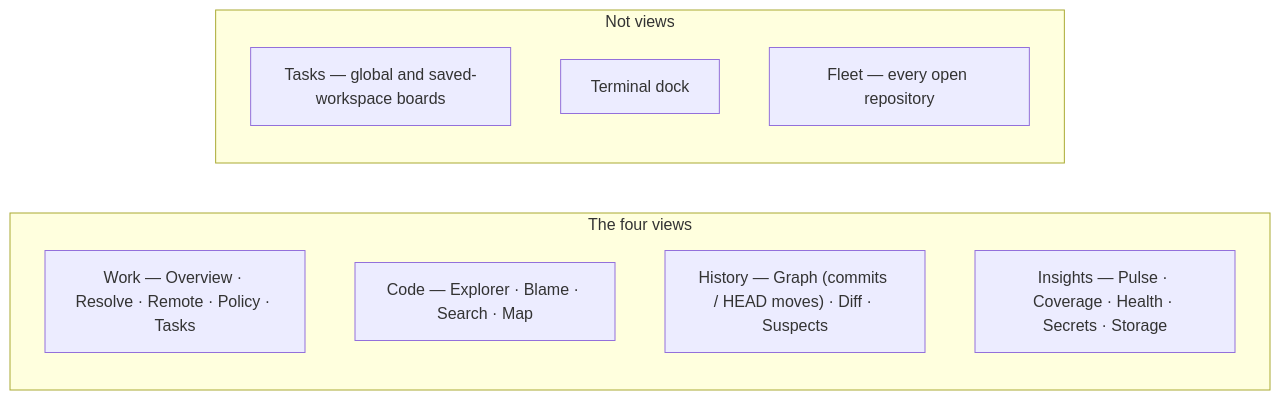
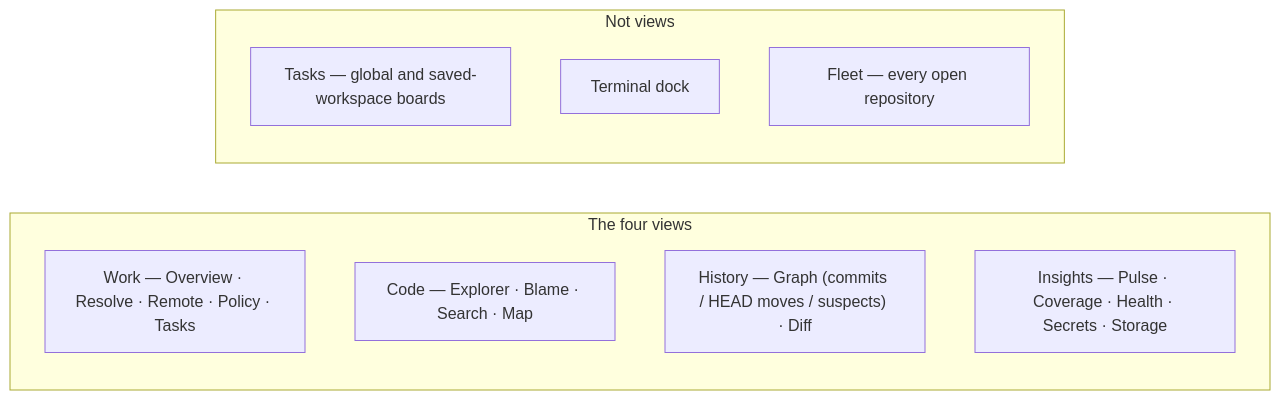
Before and after one commit to bharathvbcr/GitPulse: the diagram in wiki/Home.md, drawn with Mermaid. The commit also changed 41 other files, not shown here.

````diff
--- a/wiki/Home.md
+++ b/wiki/Home.md
@@ -32,14 +32,14 @@
 ```mermaid
 flowchart LR
     subgraph Views["The four views"]
         Work["Work — Overview · Resolve · Remote · Policy · Tasks"]
         Code["Code — Explorer · Blame · Search · Map"]
-        History["History — Graph (commits / HEAD moves) · Diff · Suspects"]
+        History["History — Graph (commits / HEAD moves / suspects) · Diff"]
         Insights["Insights — Pulse · Coverage · Health · Secrets · Storage"]
     end
     subgraph Beside["Not views"]
         Tasks["Tasks — global and saved-workspace boards"]
         Terminal["Terminal dock"]
         Fleet["Fleet — every open repository"]
     end
 ```
````
